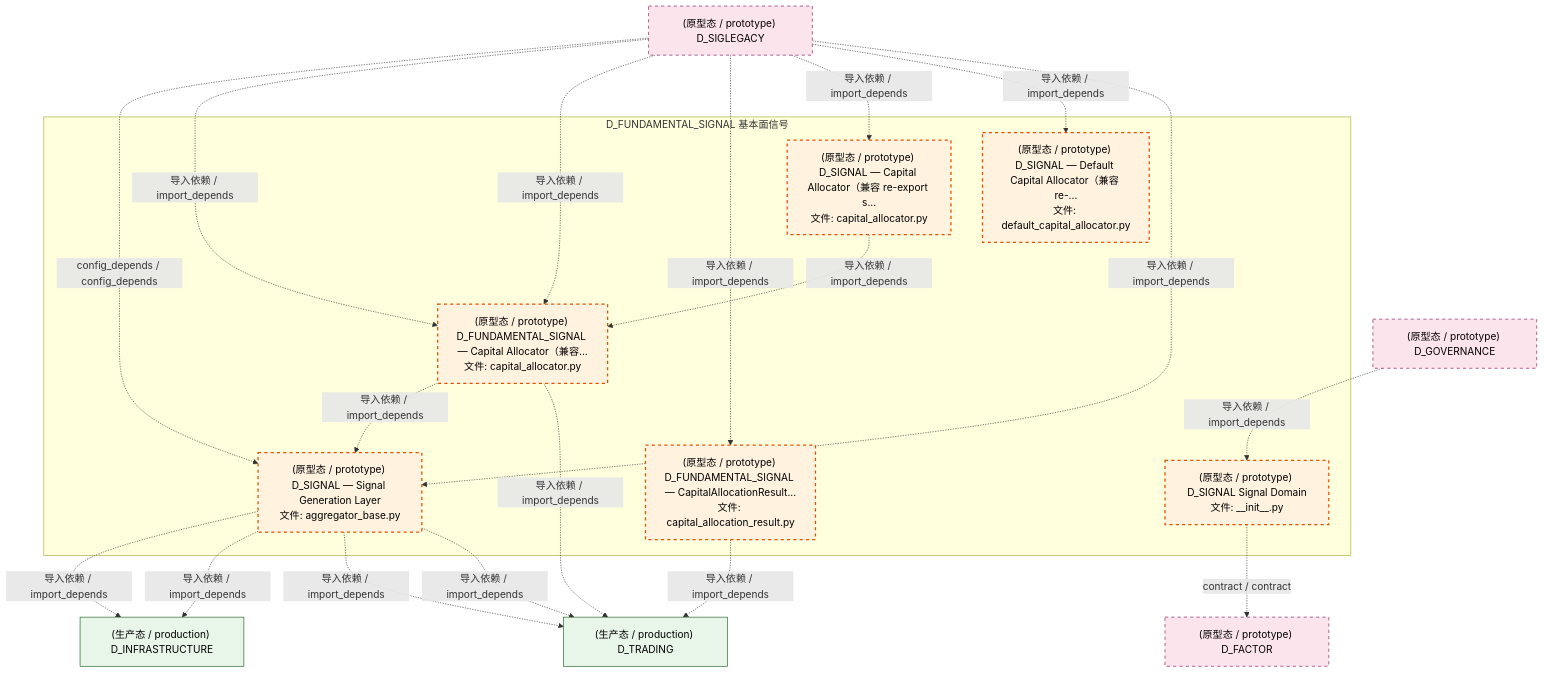
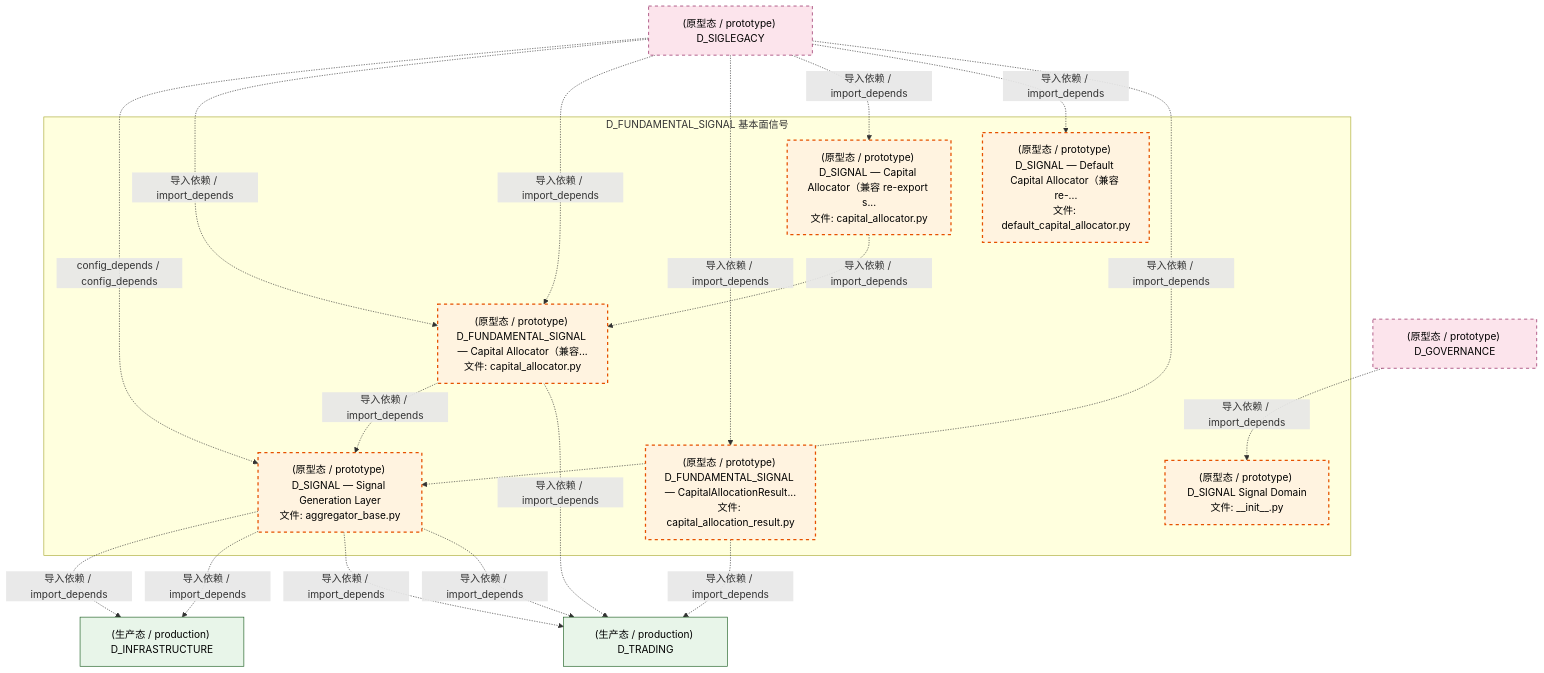
Before and after one commit to xuanFelixVan/ZephyrAlpha: the third of 4 diagrams in docs/02_enterprise_architecture/02_domain_architecture_docs/37_d_fundamental_signal.md, drawn with Mermaid. The commit also changed other lines of this file and 126 other files, not shown here.

````diff
--- a/docs/02_enterprise_architecture/02_domain_architecture_docs/37_d_fundamental_signal.md
+++ b/docs/02_enterprise_architecture/02_domain_architecture_docs/37_d_fundamental_signal.md
@@ -197,40 +197,38 @@
 ```mermaid
 graph TD
     subgraph D_FUNDAMENTAL_SIGNAL["D_FUNDAMENTAL_SIGNAL 基本面信号"]
         src_zephyr_signal_fundamental_init_py["(原型态 / prototype) D_SIGNAL Signal Domain<br/>文件: __init__.py"]
         src_zephyr_signal_fundamental_capital_capital_allocation_result_py["(原型态 / prototype) D_FUNDAMENTAL_SIGNAL — CapitalAllocationResult...<br/>文件: capital_allocation_result.py"]
         src_zephyr_signal_fundamental_capital_capital_allocator_py["(原型态 / prototype) D_SIGNAL — Capital Allocator（兼容 re-export s...<br/>文件: capital_allocator.py"]
         src_zephyr_signal_fundamental_capital_default_capital_allocator_py["(原型态 / prototype) D_SIGNAL — Default Capital Allocator（兼容 re-...<br/>文件: default_capital_allocator.py"]
         src_zephyr_signal_fundamental_gen_aggregator_base_py["(原型态 / prototype) D_SIGNAL — Signal Generation Layer<br/>文件: aggregator_base.py"]
         src_zephyr_signal_fundamental_strategy_capital_allocator_py["(原型态 / prototype) D_FUNDAMENTAL_SIGNAL — Capital Allocator（兼容...<br/>文件: capital_allocator.py"]
     end
     src_zephyr_signal_fundamental_capital_capital_allocator_py -.->|导入依赖 / import_depends| src_zephyr_signal_fundamental_strategy_capital_allocator_py
     src_zephyr_signal_fundamental_strategy_capital_allocator_py -.->|导入依赖 / import_depends| src_zephyr_signal_fundamental_gen_aggregator_base_py
-    D_FACTOR["(原型态 / prototype) D_FACTOR"]
-    src_zephyr_signal_fundamental_init_py -.->|contract / contract| D_FACTOR
     D_TRADING["(生产态 / production) D_TRADING"]
     src_zephyr_signal_fundamental_capital_capital_allocation_result_py -.->|导入依赖 / import_depends| D_TRADING
     D_INFRASTRUCTURE["(生产态 / production) D_INFRASTRUCTURE"]
     src_zephyr_signal_fundamental_gen_aggregator_base_py -.->|导入依赖 / import_depends| D_INFRASTRUCTURE
     src_zephyr_signal_fundamental_gen_aggregator_base_py -.->|导入依赖 / import_depends| D_INFRASTRUCTURE
     src_zephyr_signal_fundamental_gen_aggregator_base_py -.->|导入依赖 / import_depends| D_TRADING
     src_zephyr_signal_fundamental_gen_aggregator_base_py -.->|导入依赖 / import_depends| D_TRADING
     src_zephyr_signal_fundamental_strategy_capital_allocator_py -.->|导入依赖 / import_depends| D_TRADING
     D_SIGLEGACY["(原型态 / prototype) D_SIGLEGACY"]
     D_SIGLEGACY -.->|config_depends / config_depends| src_zephyr_signal_fundamental_gen_aggregator_base_py
     D_SIGLEGACY -.->|导入依赖 / import_depends| src_zephyr_signal_fundamental_strategy_capital_allocator_py
     D_SIGLEGACY -.->|导入依赖 / import_depends| src_zephyr_signal_fundamental_strategy_capital_allocator_py
     D_SIGLEGACY -.->|导入依赖 / import_depends| src_zephyr_signal_fundamental_capital_capital_allocation_result_py
     D_SIGLEGACY -.->|导入依赖 / import_depends| src_zephyr_signal_fundamental_capital_capital_allocator_py
     D_SIGLEGACY -.->|导入依赖 / import_depends| src_zephyr_signal_fundamental_capital_default_capital_allocator_py
     D_GOVERNANCE["(原型态 / prototype) D_GOVERNANCE"]
     D_GOVERNANCE -.->|导入依赖 / import_depends| src_zephyr_signal_fundamental_init_py
     D_SIGLEGACY -.->|导入依赖 / import_depends| src_zephyr_signal_fundamental_gen_aggregator_base_py
     classDef production fill:#e1f5fe,stroke:#01579b,stroke-width:2px,color:#000
     classDef design fill:#fff3e0,stroke:#e65100,stroke-width:2px,color:#000,stroke-dasharray: 5 5
     classDef external_prod fill:#e8f5e9,stroke:#1b5e20,stroke-width:1px,color:#000
     classDef external_design fill:#fce4ec,stroke:#880e4f,stroke-width:1px,color:#000,stroke-dasharray: 5 5
     class src_zephyr_signal_fundamental_init_py,src_zephyr_signal_fundamental_capital_capital_allocation_result_py,src_zephyr_signal_fundamental_capital_capital_allocator_py,src_zephyr_signal_fundamental_capital_default_capital_allocator_py,src_zephyr_signal_fundamental_gen_aggregator_base_py,src_zephyr_signal_fundamental_strategy_capital_allocator_py design
     class D_TRADING,D_INFRASTRUCTURE external_prod
-    class D_FACTOR,D_SIGLEGACY,D_GOVERNANCE external_design
+    class D_SIGLEGACY,D_GOVERNANCE external_design
 ```
````
